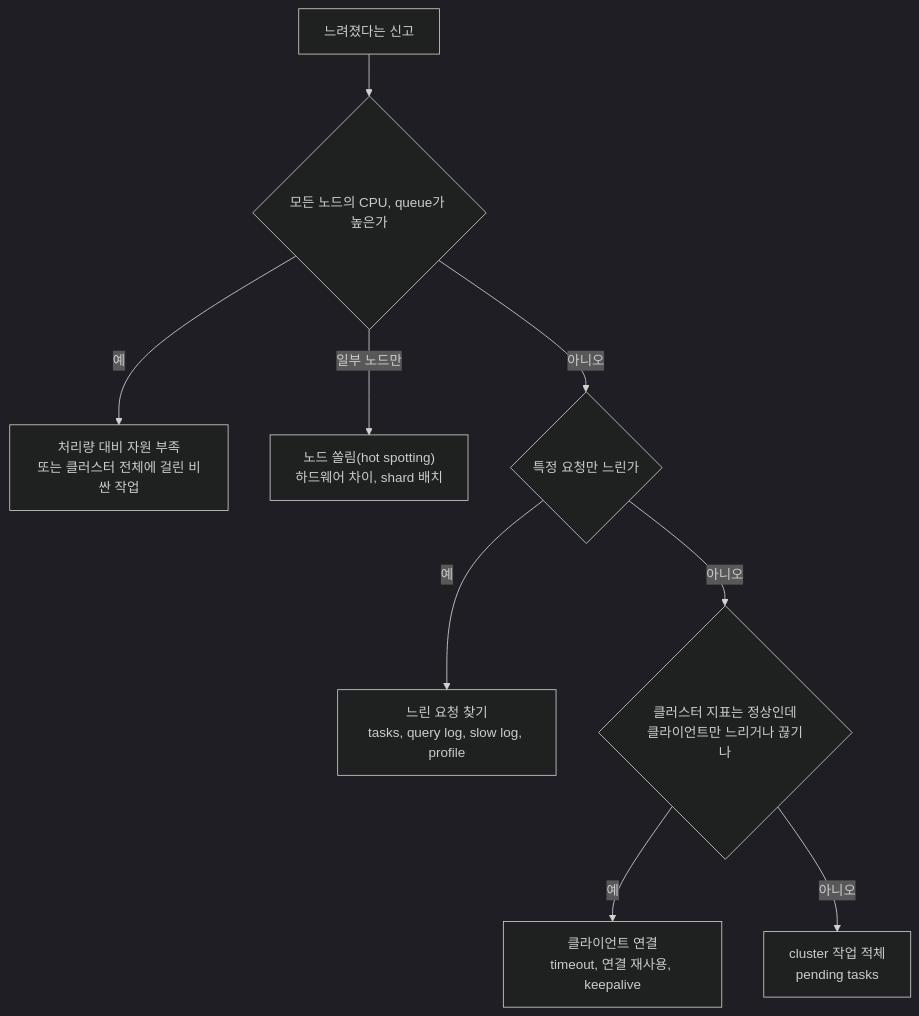
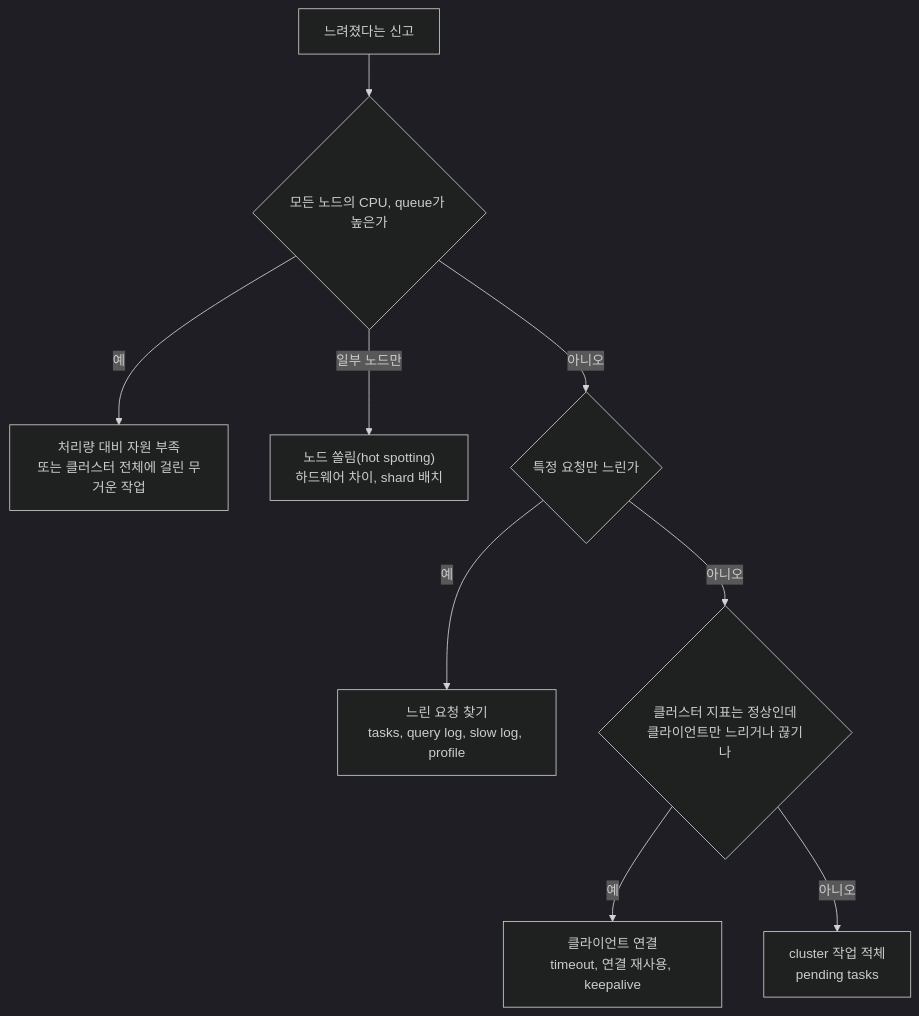
The diagram in src/content/docs/operations/05-slow-cluster.md (Munsik/engineering-notes), drawn with Mermaid (dark theme) before and after one commit. The commit also changed other lines of this file and 65 other files, not shown here.

````diff
--- a/src/content/docs/operations/05-slow-cluster.md
+++ b/src/content/docs/operations/05-slow-cluster.md
@@ -21,11 +21,11 @@
 ```mermaid
 flowchart TD
     A["느려졌다는 신고"] --> B{"모든 노드의 CPU, queue가 높은가"}
-    B -- "예" --> C["처리량 대비 자원 부족<br/>또는 클러스터 전체에 걸린 비싼 작업"]
+    B -- "예" --> C["처리량 대비 자원 부족<br/>또는 클러스터 전체에 걸린 무거운 작업"]
     B -- "일부 노드만" --> D["노드 쏠림(hot spotting)<br/>하드웨어 차이, shard 배치"]
     B -- "아니오" --> E{"특정 요청만 느린가"}
     E -- "예" --> F["느린 요청 찾기<br/>tasks, query log, slow log, profile"]
     E -- "아니오" --> G{"클러스터 지표는 정상인데<br/>클라이언트만 느리거나 끊기나"}
     G -- "예" --> H["클라이언트 연결<br/>timeout, 연결 재사용, keepalive"]
     G -- "아니오" --> I["cluster 작업 적체<br/>pending tasks"]
 ```
````
